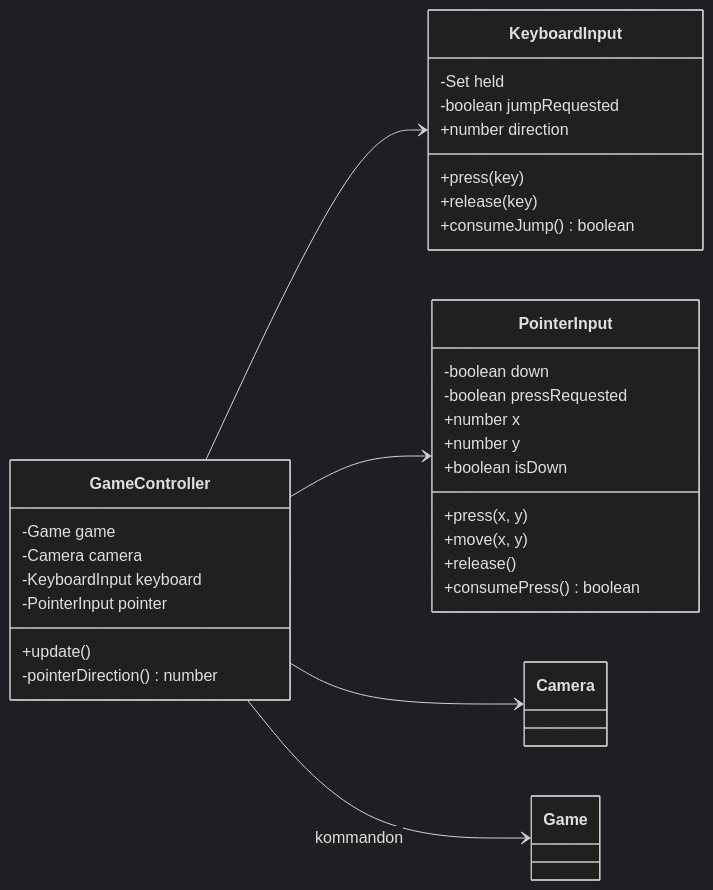
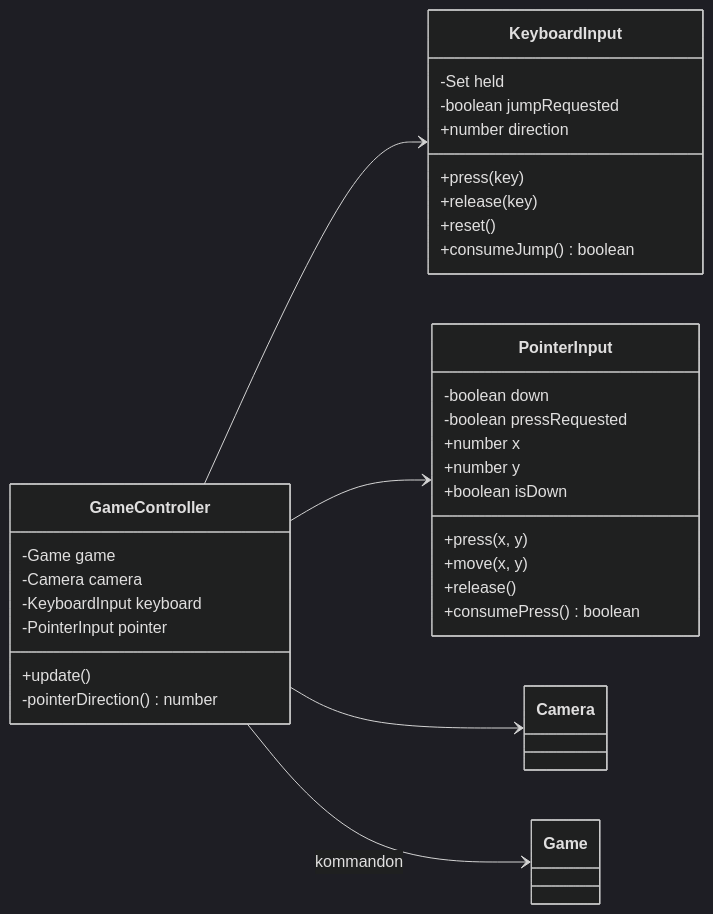
One commit to 1dv610/ripe-tomato changed the fourth of 9 diagrams in MVC_DESIGN.md. Above: the diagram before and after it, drawn with Mermaid (dark theme). The commit also changed other lines of this file, not shown here.

````diff
--- a/MVC_DESIGN.md
+++ b/MVC_DESIGN.md
@@ -458,39 +463,40 @@
 ```mermaid
 classDiagram
     direction LR
 
     class GameController {
         -Game game
         -Camera camera
         -KeyboardInput keyboard
         -PointerInput pointer
         +update()
         -pointerDirection() number
     }
 
     class KeyboardInput {
         -Set held
         -boolean jumpRequested
         +number direction
         +press(key)
         +release(key)
+        +reset()
         +consumeJump() boolean
     }
 
     class PointerInput {
         -boolean down
         -boolean pressRequested
         +number x
         +number y
         +boolean isDown
         +press(x, y)
         +move(x, y)
         +release()
         +consumePress() boolean
     }
 
     GameController --> KeyboardInput
     GameController --> PointerInput
     GameController --> Camera
     GameController --> Game : kommandon
 ```
````
